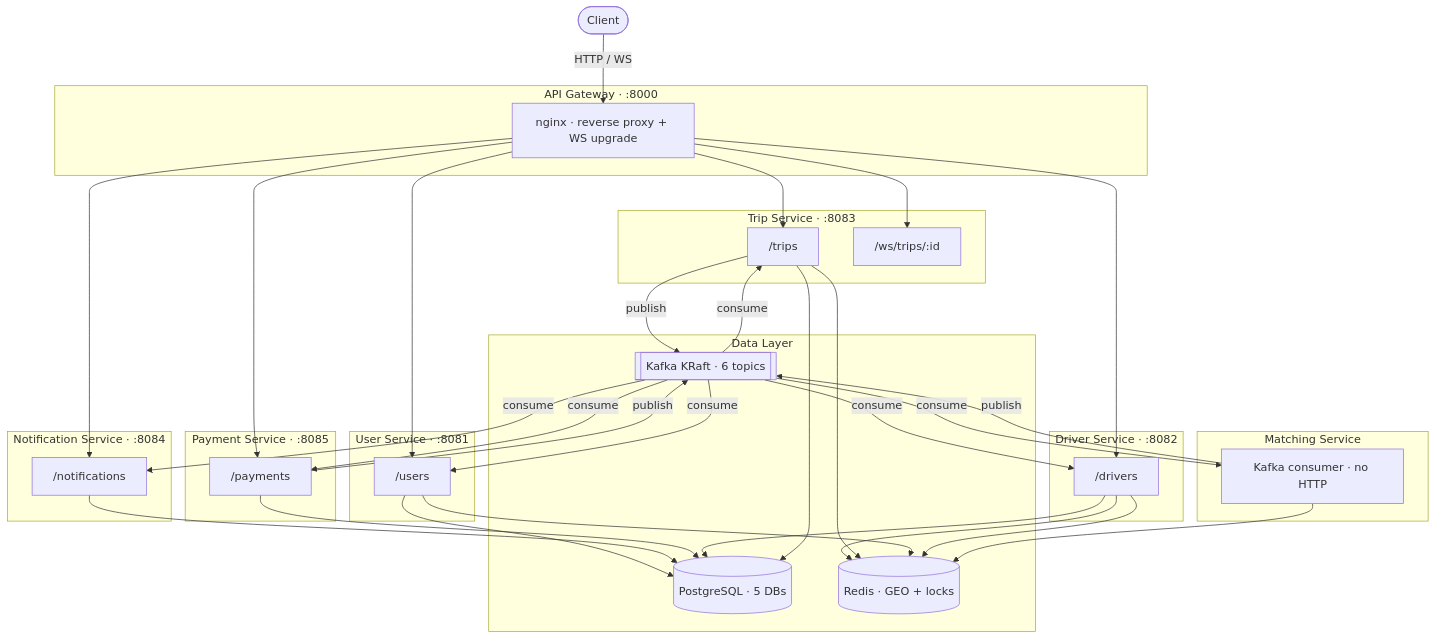
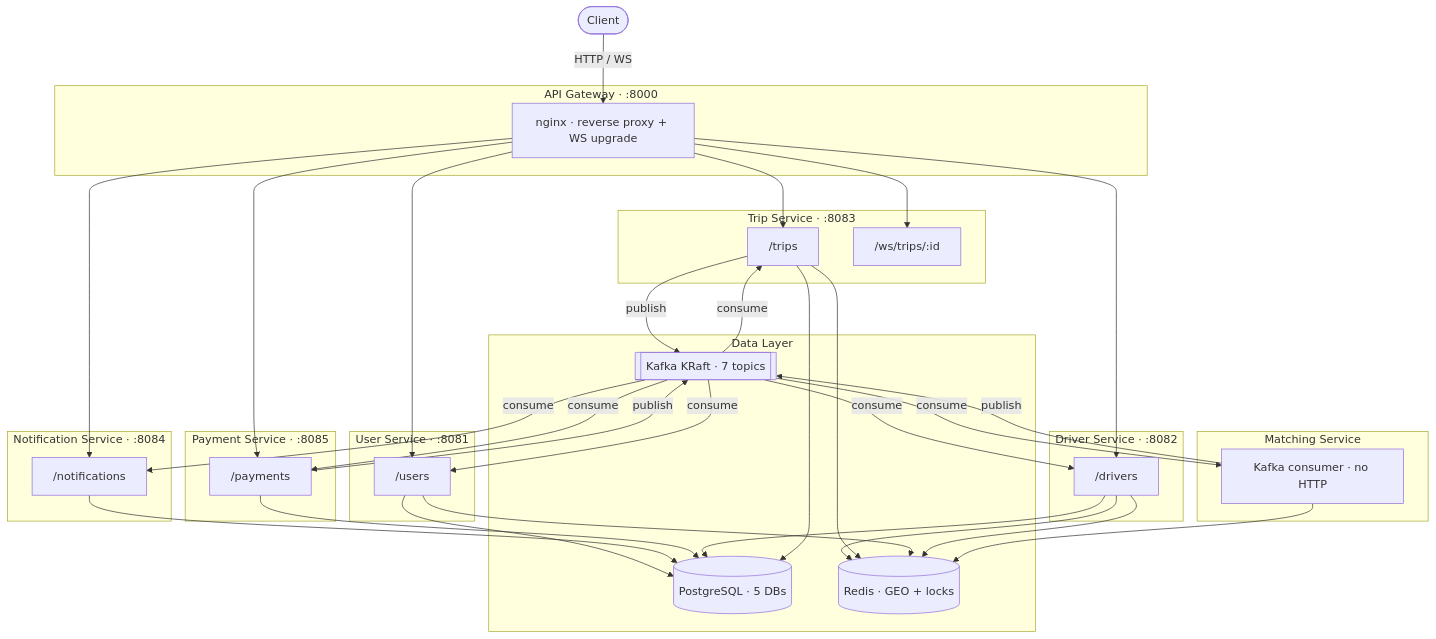
One commit to SaiKrishnaMulukutla/uber changed the diagram in README.md. Above: the diagram before and after it, drawn with Mermaid. The commit also changed other lines of this file and 2 other files, not shown here.

Commit message:
update README.md, ARCHITECTURE.md and CLAUDE.md for ride.offered topic

````diff
--- a/README.md
+++ b/README.md
@@ -51,45 +51,45 @@
 ```mermaid
 flowchart TD
     Client(["Client"])
 
     subgraph Gateway["API Gateway · :8000"]
         Nginx["nginx · reverse proxy + WS upgrade"]
     end
 
     subgraph UserSvc["User Service · :8081"]
         U["/users"]
     end
     subgraph DriverSvc["Driver Service · :8082"]
         D["/drivers"]
     end
     subgraph TripSvc["Trip Service · :8083"]
         T["/trips"]
         WS["/ws/trips/:id"]
     end
     subgraph MatchSvc["Matching Service"]
         M["Kafka consumer · no HTTP"]
     end
     subgraph NotifSvc["Notification Service · :8084"]
         N["/notifications"]
     end
     subgraph PaySvc["Payment Service · :8085"]
         P["/payments"]
     end
 
     subgraph Data["Data Layer"]
         PG[("PostgreSQL · 5 DBs")]
         Redis[("Redis · GEO + locks")]
-        Kafka[["Kafka KRaft · 6 topics"]]
+        Kafka[["Kafka KRaft · 7 topics"]]
     end
 
     Client -->|HTTP / WS| Nginx
     Nginx --> U & D & T & WS & N & P
 
     U & N & P --> PG
     D & T --> PG & Redis
     U & D --> Redis
     T & P -->|publish| Kafka
     Kafka -->|consume| M & D & U & N & P & T
     M --> Redis
     M -->|publish| Kafka
 ```
````
